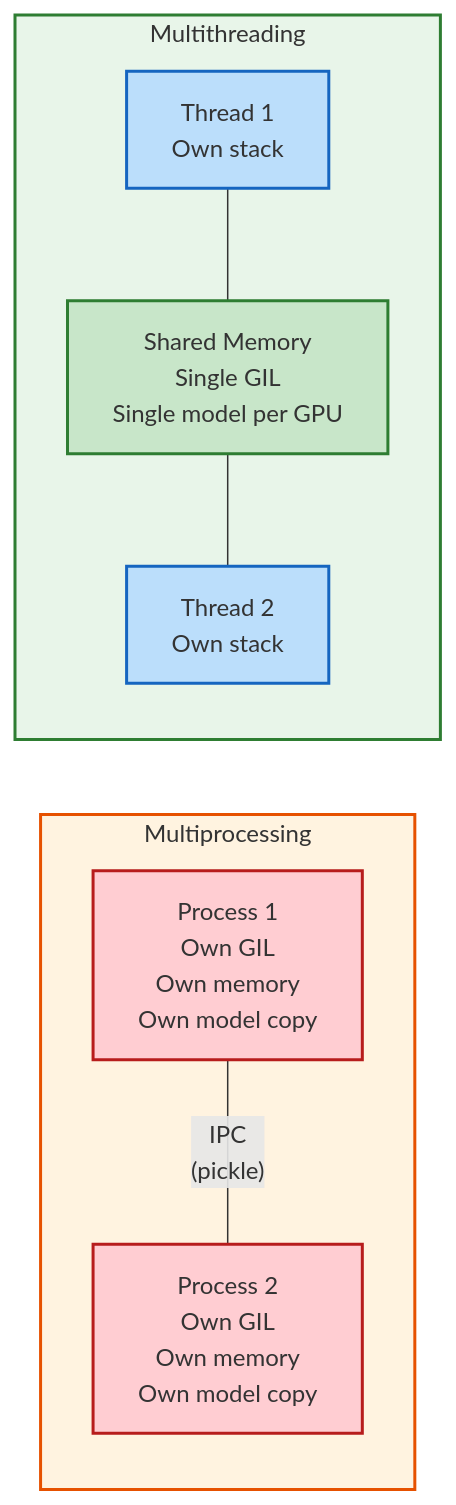
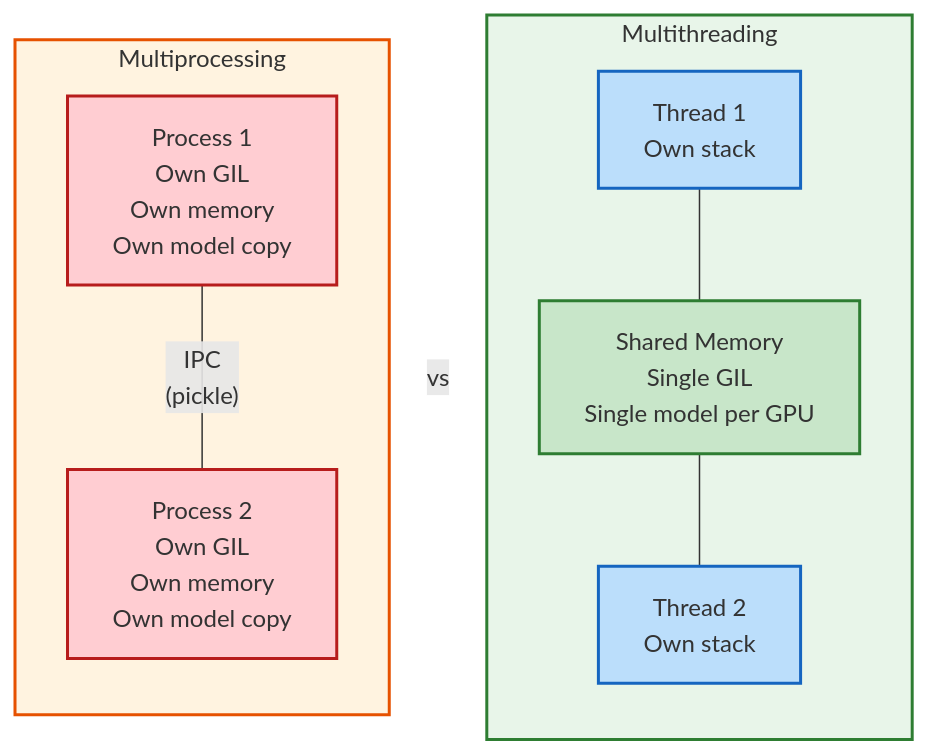
The first of 12 diagrams in docs/threads_processes_and_thread_safety.md (tmnestor/LMM_POC), drawn with Mermaid before and after one commit. The commit also changed other lines of this file and 13 other files, not shown here.

Commit message:
✨ feat: add high-res 3840x2160 PNG slides for thread safety diagrams

````diff
--- a/docs/threads_processes_and_thread_safety.md
+++ b/docs/threads_processes_and_thread_safety.md
@@ -50,25 +50,27 @@
 ```mermaid
 flowchart LR
     subgraph PROC["Multiprocessing"]
         direction TB
         P1["Process 1<br/>Own GIL<br/>Own memory<br/>Own model copy"]
         P2["Process 2<br/>Own GIL<br/>Own memory<br/>Own model copy"]
         P1 ---|"IPC<br/>(pickle)"| P2
     end
+
+    PROC ~~~|"vs"| THREAD
 
     subgraph THREAD["Multithreading"]
         direction TB
         SH["Shared Memory<br/>Single GIL<br/>Single model per GPU"]
         T1["Thread 1<br/>Own stack"]
         T2["Thread 2<br/>Own stack"]
         T1 --- SH --- T2
     end
 
     style P1 fill:#FFCDD2,stroke:#B71C1C,stroke-width:2px
     style P2 fill:#FFCDD2,stroke:#B71C1C,stroke-width:2px
     style SH fill:#C8E6C9,stroke:#2E7D32,stroke-width:2px
     style T1 fill:#BBDEFB,stroke:#1565C0,stroke-width:2px
     style T2 fill:#BBDEFB,stroke:#1565C0,stroke-width:2px
     style PROC fill:#FFF3E0,stroke:#E65100,stroke-width:2px
     style THREAD fill:#E8F5E9,stroke:#2E7D32,stroke-width:2px
 ```
````
